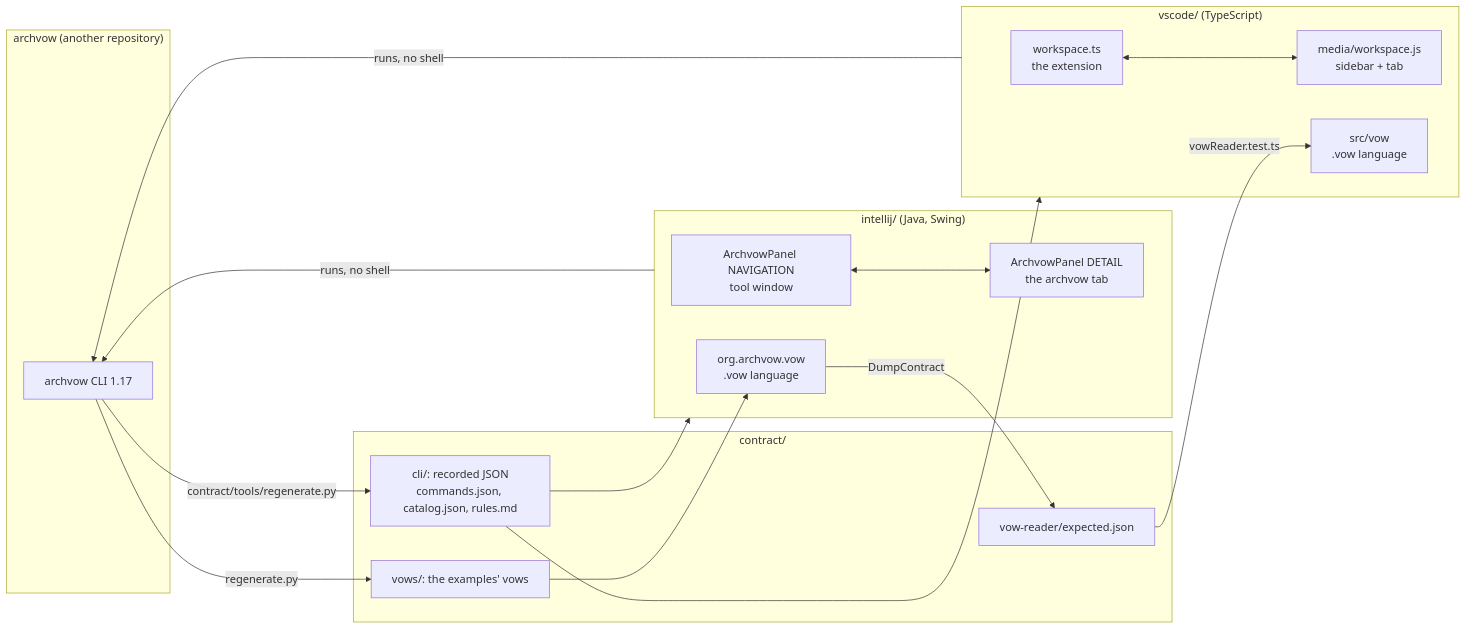
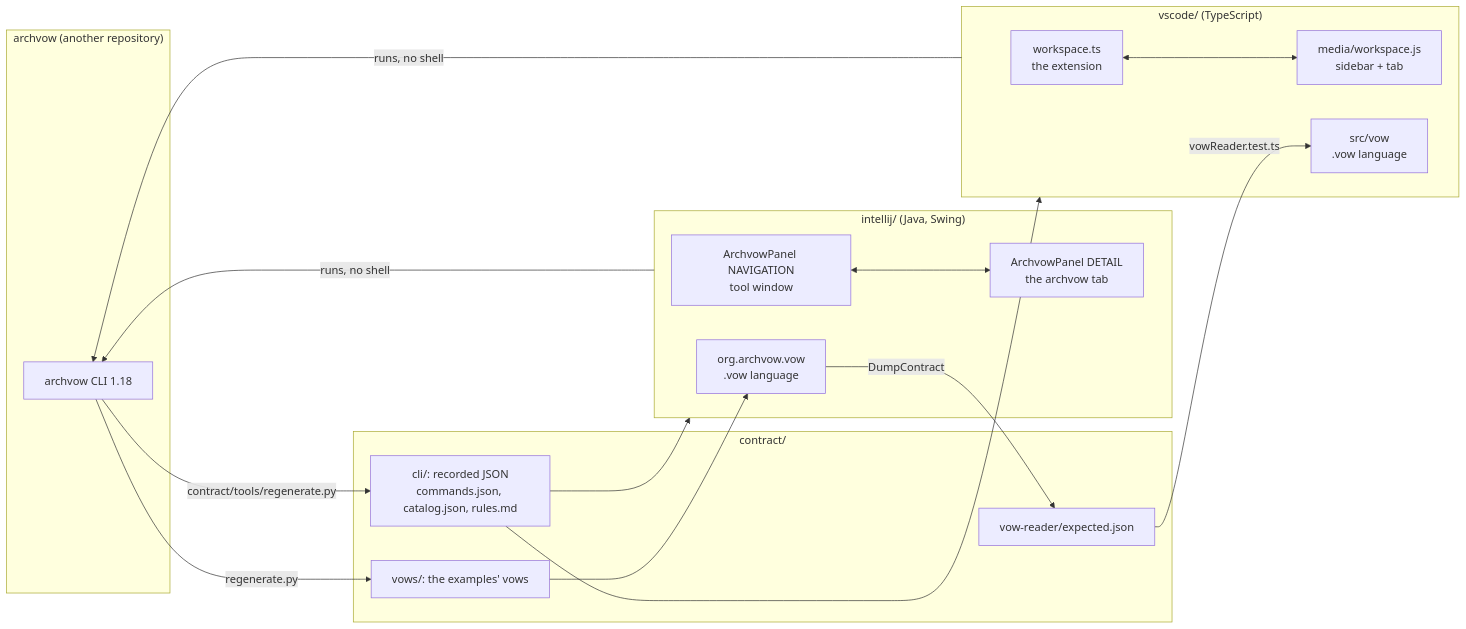
Before and after one commit to archvow/archvow-plugin: the diagram in wiki/en/home.md, drawn with Mermaid. The commit also changed other lines of this file and 116 other files, not shown here.

````diff
--- a/wiki/en/home.md
+++ b/wiki/en/home.md
@@ -52,32 +52,32 @@
 ```mermaid
 flowchart LR
   subgraph archvow["archvow (another repository)"]
-    CLI[archvow CLI 1.17]
+    CLI[archvow CLI 1.18]
   end
   subgraph contract["contract/"]
     REC[cli/: recorded JSON<br/>commands.json, catalog.json, rules.md]
     VOWS[vows/: the examples' vows]
     EXP[vow-reader/expected.json]
   end
   CLI -->|contract/tools/regenerate.py| REC
   CLI -->|regenerate.py| VOWS
   subgraph ij["intellij/ (Java, Swing)"]
     NAV[ArchvowPanel NAVIGATION<br/>tool window]
     DET[ArchvowPanel DETAIL<br/>the archvow tab]
     VOWJ[org.archvow.vow<br/>.vow language]
   end
   subgraph vs["vscode/ (TypeScript)"]
     WS[workspace.ts<br/>the extension]
     PAGE[media/workspace.js<br/>sidebar + tab]
     VOWT[src/vow<br/>.vow language]
   end
   REC --> ij
   REC --> vs
   VOWS --> VOWJ
   VOWJ -->|DumpContract| EXP
   EXP -->|vowReader.test.ts| VOWT
   NAV <--> DET
   WS <--> PAGE
   ij -->|runs, no shell| CLI
   vs -->|runs, no shell| CLI
 ```
````
